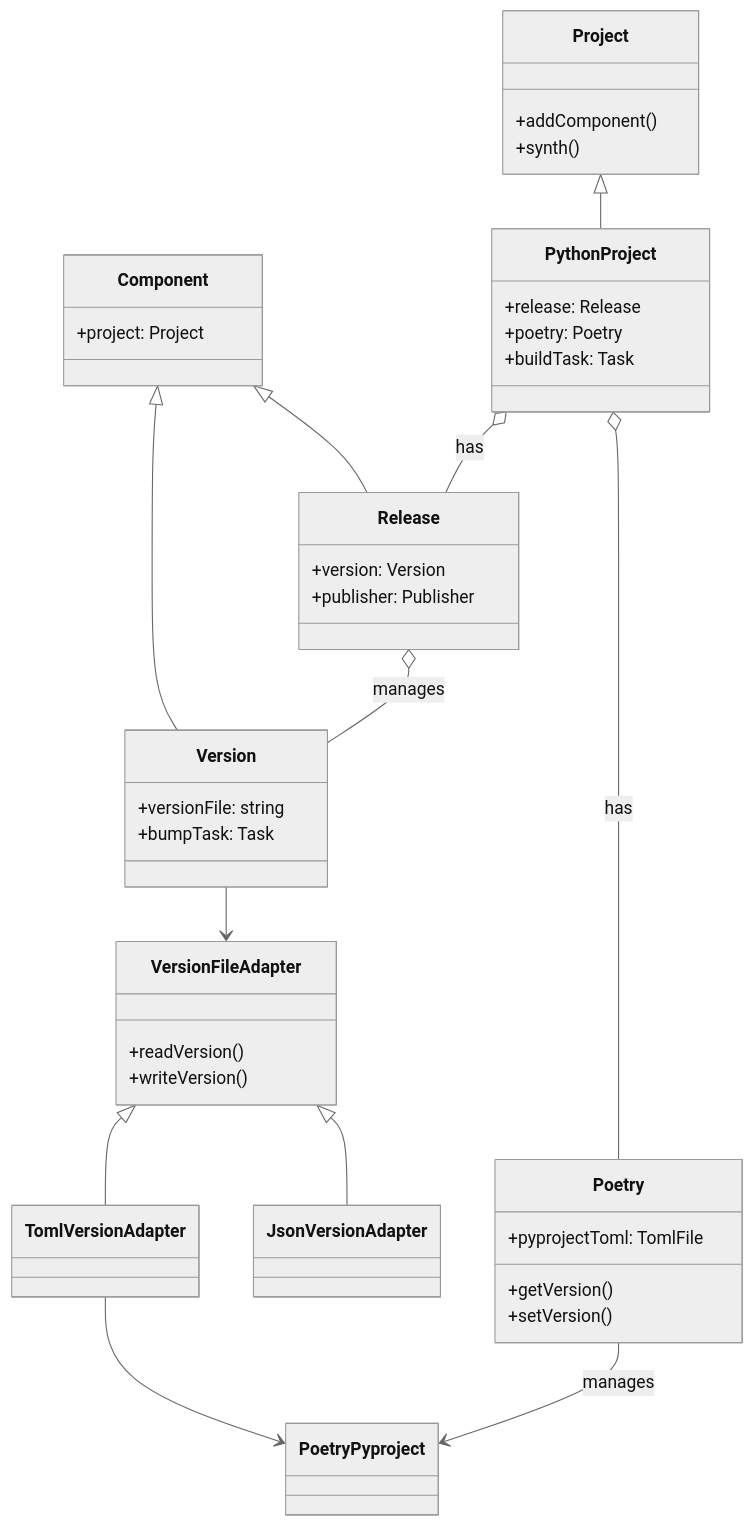
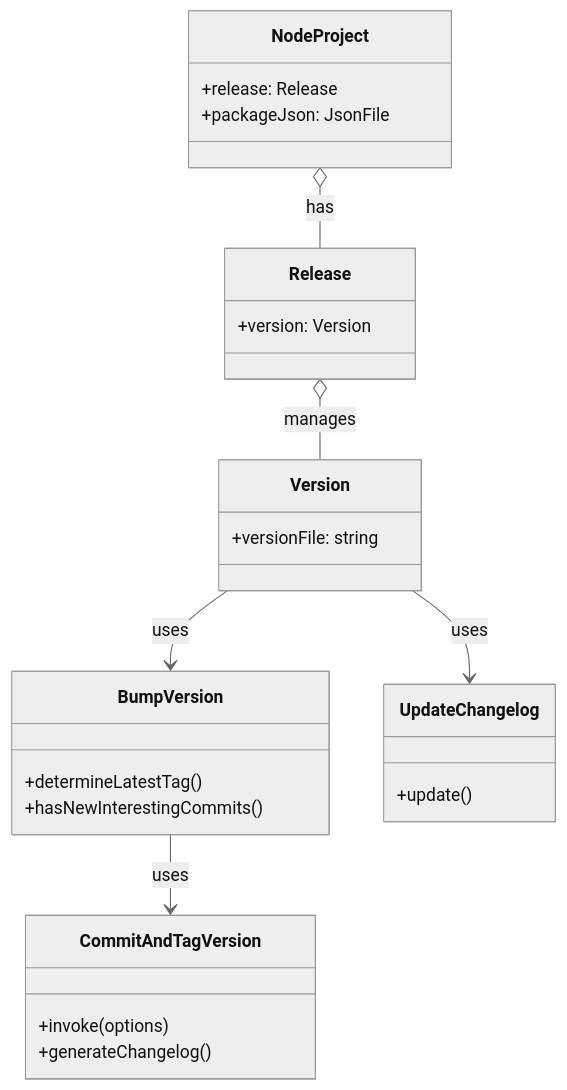
The first of 2 diagrams in rfcs/poetry-release-automation.md (projen/projen), drawn with Mermaid (neutral theme) before and after one commit. The commit also changed other lines of this file, not shown here.

Commit message:
feat(rfcs): refine Poetry release automation RFC

````diff
--- a/rfcs/poetry-release-automation.md
+++ b/rfcs/poetry-release-automation.md
@@ -163,51 +94,38 @@
 ```mermaid
 classDiagram
-    Project <|-- PythonProject
-    Component <|-- Release
-    Component <|-- Version
-    PythonProject o-- Release : has
-    PythonProject o-- Poetry : has
+
+    NodeProject o-- Release : has
+
     Release o-- Version : manages
 
-    Version --> VersionFileAdapter
-    VersionFileAdapter <|-- JsonVersionAdapter
-    VersionFileAdapter <|-- TomlVersionAdapter
-    TomlVersionAdapter --> PoetryPyproject
-    Poetry --> PoetryPyproject : manages
+    Version --> BumpVersion : uses
+    BumpVersion --> CommitAndTagVersion : uses
+    Version --> UpdateChangelog : uses
 
-    class Project {
-        +addComponent()
-        +synth()
-    }
-
-    class PythonProject {
+    class NodeProject {
         +release: Release
-        +poetry: Poetry
-        +buildTask: Task
-    }
-
-    class Component {
-        +project: Project
+        +packageJson: JsonFile
     }
 
     class Release {
         +version: Version
-        +publisher: Publisher
-    }
-
-    class Poetry {
-        +pyprojectToml: TomlFile
-        +getVersion()
-        +setVersion()
     }
 
     class Version {
         +versionFile: string
-        +bumpTask: Task
     }
 
-    class VersionFileAdapter {
-        +readVersion()
-        +writeVersion()
+    class BumpVersion {
+        +determineLatestTag()
+        +hasNewInterestingCommits()
+    }
+
+    class UpdateChangelog {
+        +update()
+    }
+
+    class CommitAndTagVersion {
+        +invoke(options)
+        +generateChangelog()
     }
 ```
````
